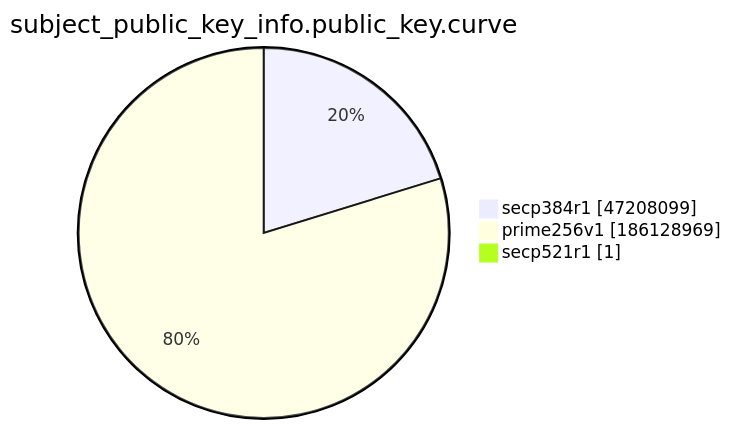
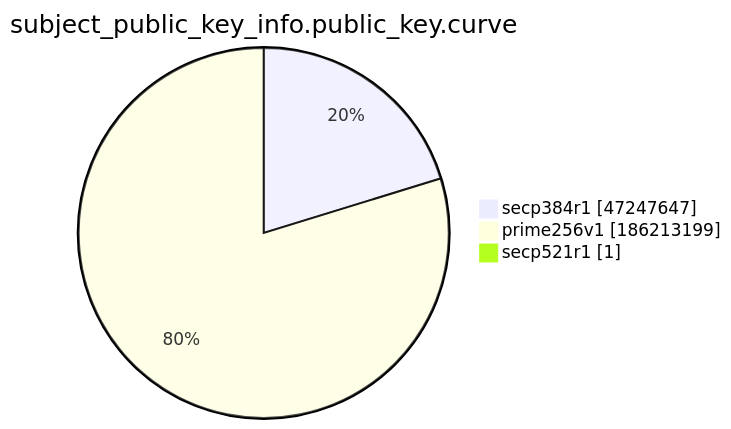
One commit to christiankrug/ctmonitor_visualization changed the ninth of 15 diagrams in xenon2022/README.md. Above: the diagram before and after it, drawn with Mermaid. The commit also changed other lines of this file, not shown here.

````diff
--- a/xenon2022/README.md
+++ b/xenon2022/README.md
@@ -2874,7 +2874,7 @@
 ```mermaid
 pie showData
 title subject_public_key_info.public_key.curve
-"secp384r1" :47208099
-"prime256v1" :186128969
+"secp384r1" :47247647
+"prime256v1" :186213199
 "secp521r1" :1
 ```
````
